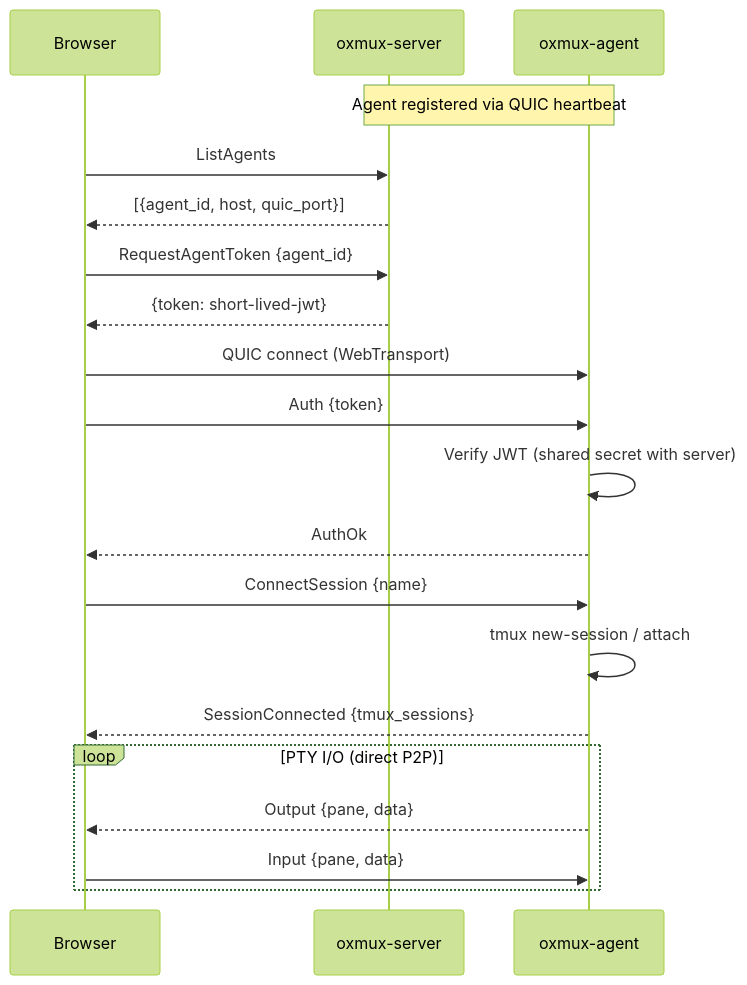
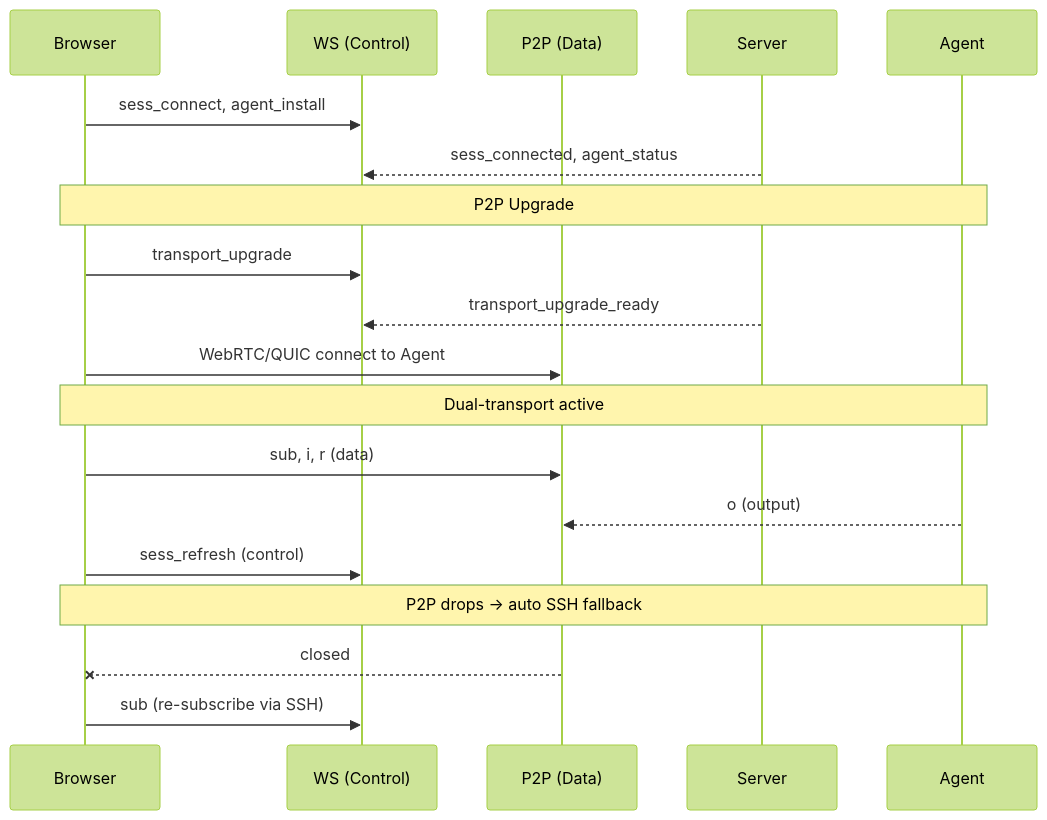
One commit to gjovanov/oxmux changed the second of 8 diagrams in docs/architecture.md. Above: the diagram before and after it, drawn with Mermaid (forest theme). The commit also changed other lines of this file and 7 other files, not shown here.

First line of the commit message:
feat: session cleanup, encoding fix, DC backpressure, docs with Mermaid

````diff
--- a/docs/architecture.md
+++ b/docs/architecture.md
@@ -173,28 +57,25 @@
 ```mermaid
 sequenceDiagram
     participant B as Browser
-    participant S as oxmux-server
-    participant A as oxmux-agent
+    participant WS as WS (Control)
+    participant P2P as P2P (Data)
+    participant S as Server
+    participant A as Agent
 
-    Note over A,S: Agent registered via QUIC heartbeat
+    B->>WS: sess_connect, agent_install
+    S-->>WS: sess_connected, agent_status
 
-    B->>S: ListAgents
-    S-->>B: [{agent_id, host, quic_port}]
+    Note over B,A: P2P Upgrade
+    B->>WS: transport_upgrade
+    S-->>WS: transport_upgrade_ready
+    B->>P2P: WebRTC/QUIC connect to Agent
 
-    B->>S: RequestAgentToken {agent_id}
-    S-->>B: {token: short-lived-jwt}
+    Note over B,A: Dual-transport active
+    B->>P2P: sub, i, r (data)
+    A-->>P2P: o (output)
+    B->>WS: sess_refresh (control)
 
-    B->>A: QUIC connect (WebTransport)
-    B->>A: Auth {token}
-    A->>A: Verify JWT (shared secret with server)
-    A-->>B: AuthOk
-
-    B->>A: ConnectSession {name}
-    A->>A: tmux new-session / attach
-    A-->>B: SessionConnected {tmux_sessions}
-
-    loop PTY I/O (direct P2P)
-        A-->>B: Output {pane, data}
-        B->>A: Input {pane, data}
-    end
+    Note over B,A: P2P drops → auto SSH fallback
+    P2P--xB: closed
+    B->>WS: sub (re-subscribe via SSH)
 ```
````
